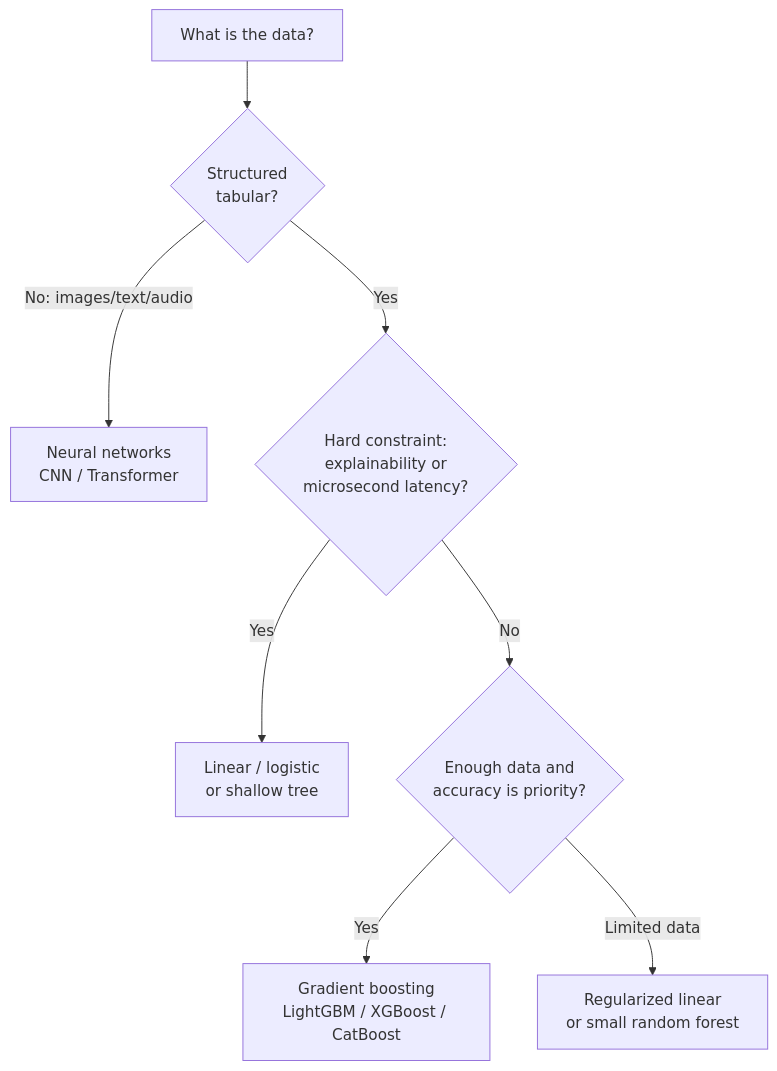
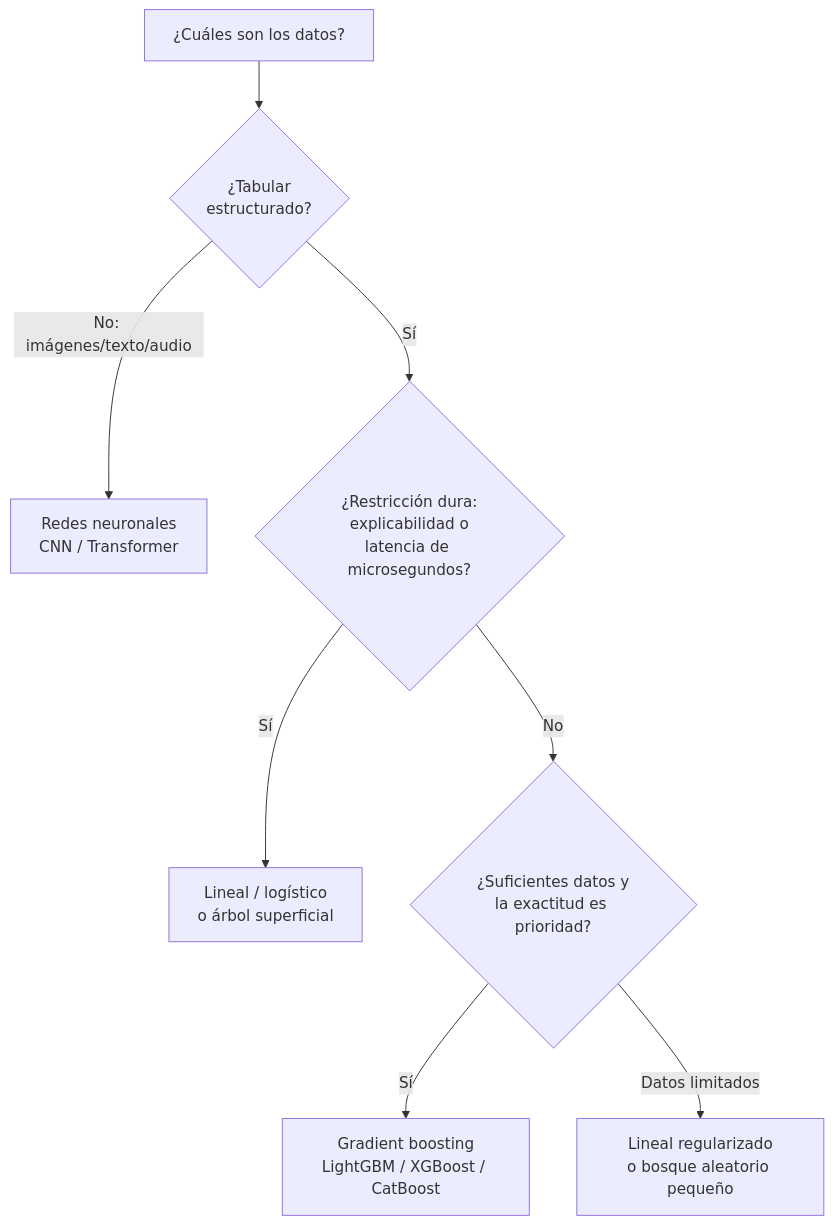
Before and after one commit to Cloud2BR-MSFTLearningHub/Azure-ML-Advanced: the diagram in i18n-es/modules/model-types.md, drawn with Mermaid. The commit also changed other lines of this file and 29 other files, not shown here.

Commit message:
University-grade expansion: add Math Prerequisites + Neural Networks modules, deepen all 11 existing modules (EN + ES)

````diff
--- a/i18n-es/modules/model-types.md
+++ b/i18n-es/modules/model-types.md
@@ -247,10 +244,10 @@
 ```mermaid
 flowchart TD
-  A[What is the data?] --> B{Structured<br/>tabular?}
-  B -->|No: images/text/audio| C[Neural networks<br/>CNN / Transformer]
-  B -->|Yes| D{Hard constraint:<br/>explainability or<br/>microsecond latency?}
-  D -->|Yes| E[Linear / logistic<br/>or shallow tree]
-  D -->|No| F{Enough data and<br/>accuracy is priority?}
-  F -->|Yes| G[Gradient boosting<br/>LightGBM / XGBoost / CatBoost]
-  F -->|Limited data| H[Regularized linear<br/>or small random forest]
+  A[¿Cuáles son los datos?] --> B{¿Tabular<br/>estructurado?}
+  B -->|No: imágenes/texto/audio| C[Redes neuronales<br/>CNN / Transformer]
+  B -->|Sí| D{¿Restricción dura:<br/>explicabilidad o<br/>latencia de microsegundos?}
+  D -->|Sí| E[Lineal / logístico<br/>o árbol superficial]
+  D -->|No| F{¿Suficientes datos y<br/>la exactitud es prioridad?}
+  F -->|Sí| G[Gradient boosting<br/>LightGBM / XGBoost / CatBoost]
+  F -->|Datos limitados| H[Lineal regularizado<br/>o bosque aleatorio pequeño]
 ```
````
